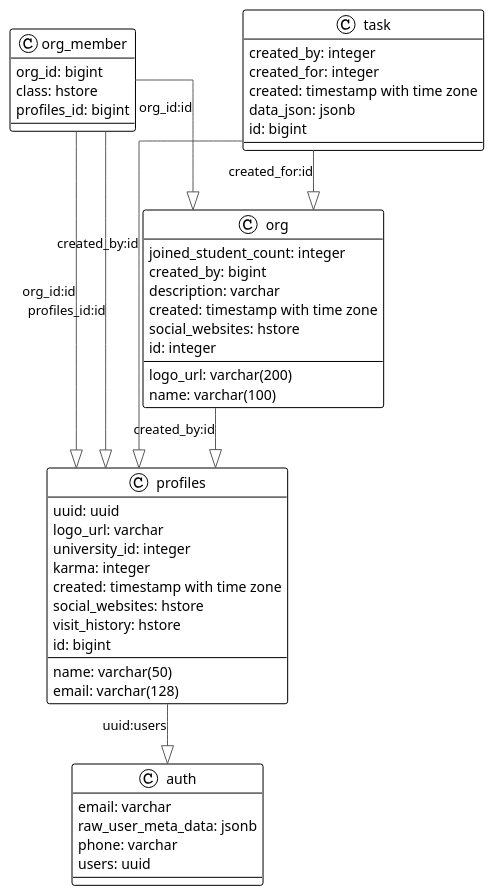
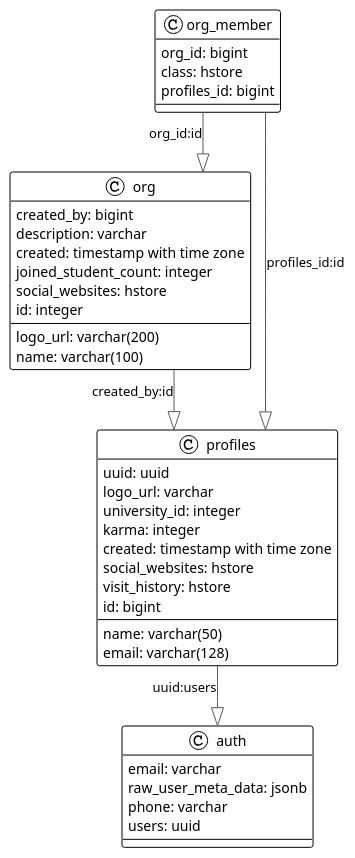
Before and after one commit to IAFahim/iafahim.github.io: the diagram in open-sql-schema/auth.plantuml, drawn with PlantUML. The commit also changed 4 other files, not shown here.

Commit message:
Diagram testing is the key ;>

```diff
--- a/open-sql-schema/auth.plantuml
+++ b/open-sql-schema/auth.plantuml
@@ -1,55 +1,45 @@
 @startuml
 
 !theme plain
 top to bottom direction
 skinparam linetype ortho
 
 class auth {
    email: varchar
    raw_user_meta_data: jsonb
    phone: varchar
    users: uuid
 }
 class org {
-   joined_student_count: integer
+   created_by: bigint
    logo_url: varchar(200)
-   created_by: bigint
    name: varchar(100)
    description: varchar
    created: timestamp with time zone
+   joined_student_count: integer
    social_websites: hstore
    id: integer
 }
 class org_member {
    org_id: bigint
    class: hstore
    profiles_id: bigint
 }
 class profiles {
    name: varchar(50)
    uuid: uuid
    logo_url: varchar
    email: varchar(128)
    university_id: integer
    karma: integer
    created: timestamp with time zone
    social_websites: hstore
    visit_history: hstore
    id: bigint
 }
-class task {
-   created_by: integer
-   created_for: integer
-   created: timestamp with time zone
-   data_json: jsonb
-   id: bigint
-}
 
 org         -[#595959,plain]-^  profiles   : "created_by:id"
 org_member  -[#595959,plain]-^  org        : "org_id:id"
-org_member  -[#595959,plain]-^  profiles   : "org_id:id"
 org_member  -[#595959,plain]-^  profiles   : "profiles_id:id"
 profiles    -[#595959,plain]-^  auth       : "uuid:users"
-task        -[#595959,plain]-^  org        : "created_for:id"
-task        -[#595959,plain]-^  profiles   : "created_by:id"
 @enduml
```
